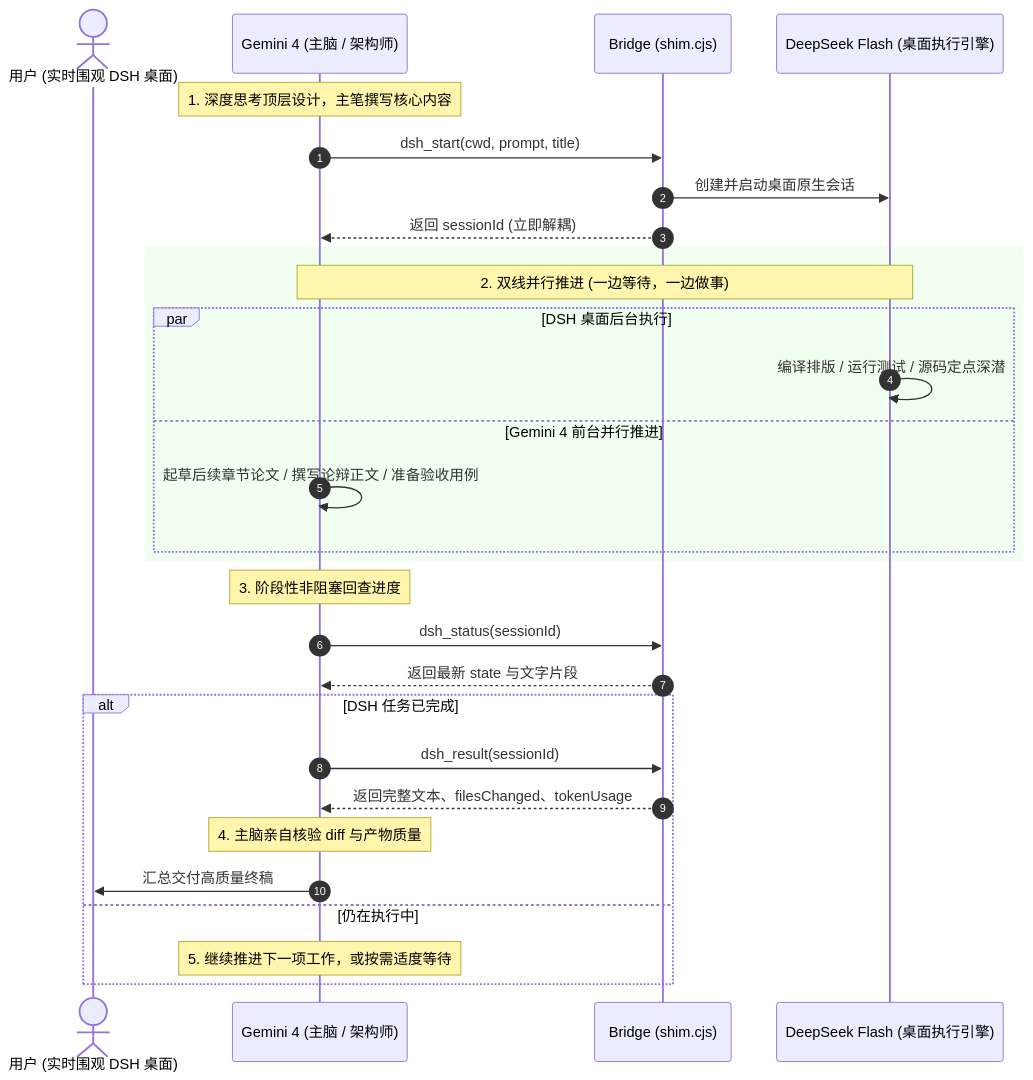
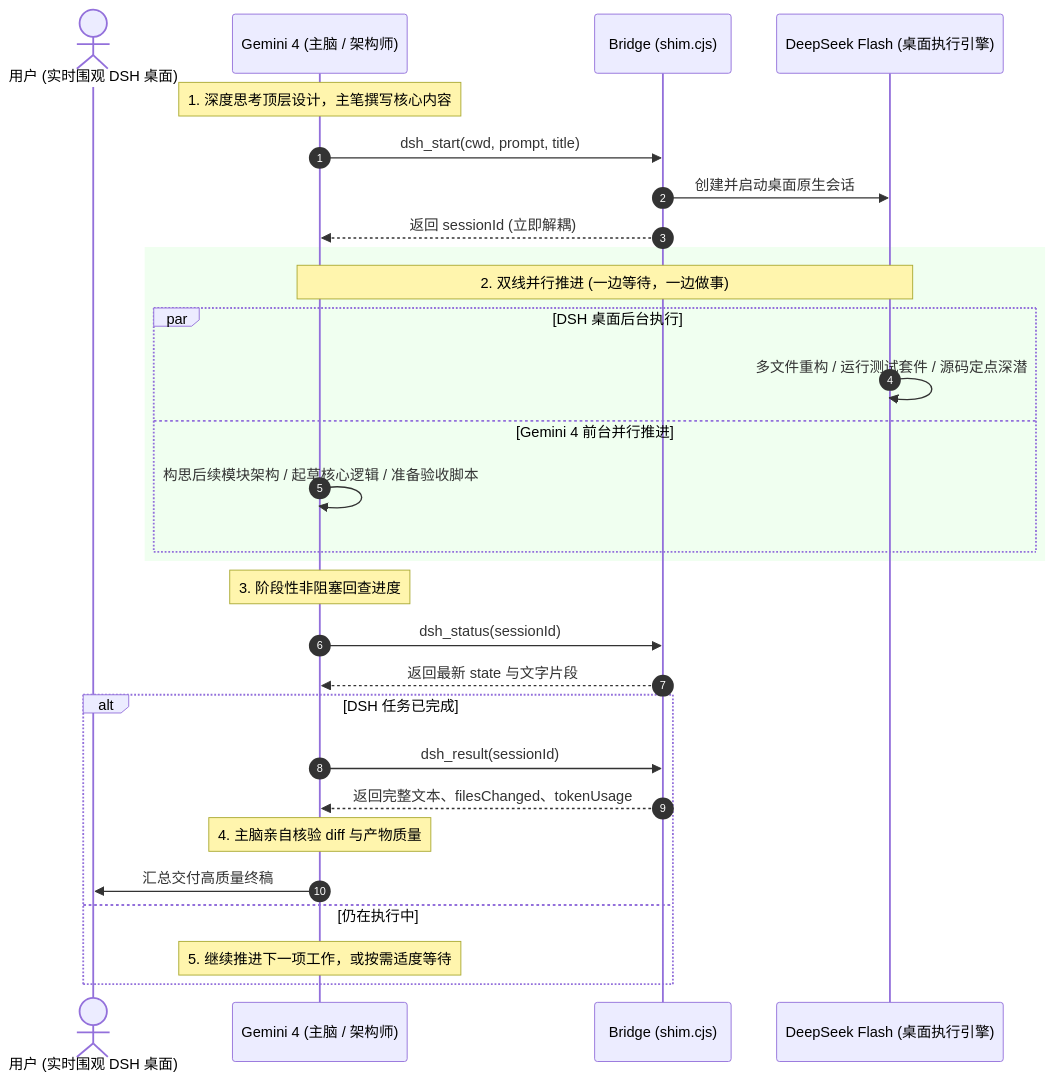
One commit to Qingzhu093/gemini-dsh-bridge changed the diagram in README.md. Above: the diagram before and after it, drawn with Mermaid. The commit also changed other lines of this file and 4 other files, not shown here.

````diff
--- a/README.md
+++ b/README.md
@@ -55,35 +55,35 @@
 ```mermaid
 sequenceDiagram
     autonumber
     actor User as 用户 (实时围观 DSH 桌面)
     participant G4 as Gemini 4 (主脑 / 架构师)
     participant Bridge as Bridge (shim.cjs)
     participant DSH as DeepSeek Flash (桌面执行引擎)
 
     Note over G4: 1. 深度思考顶层设计，主笔撰写核心内容
     G4->>Bridge: dsh_start(cwd, prompt, title)
     Bridge->>DSH: 创建并启动桌面原生会话
     Bridge-->>G4: 返回 sessionId (立即解耦)
 
     rect rgb(240, 255, 240)
     Note over G4,DSH: 2. 双线并行推进 (一边等待，一边做事)
     par DSH 桌面后台执行
-        DSH->>DSH: 编译排版 / 运行测试 / 源码定点深潜
+        DSH->>DSH: 多文件重构 / 运行测试套件 / 源码定点深潜
     and Gemini 4 前台并行推进
-        G4->>G4: 起草后续章节论文 / 撰写论辩正文 / 准备验收用例
+        G4->>G4: 构思后续模块架构 / 起草核心逻辑 / 准备验收脚本
     end
     end
 
     Note over G4: 3. 阶段性非阻塞回查进度
     G4->>Bridge: dsh_status(sessionId)
     Bridge-->>G4: 返回最新 state 与文字片段
 
     alt DSH 任务已完成
         G4->>Bridge: dsh_result(sessionId)
         Bridge-->>G4: 返回完整文本、filesChanged、tokenUsage
         Note over G4: 4. 主脑亲自核验 diff 与产物质量
         G4->>User: 汇总交付高质量终稿
     else 仍在执行中
         Note over G4: 5. 继续推进下一项工作，或按需适度等待
     end
 ```
````
